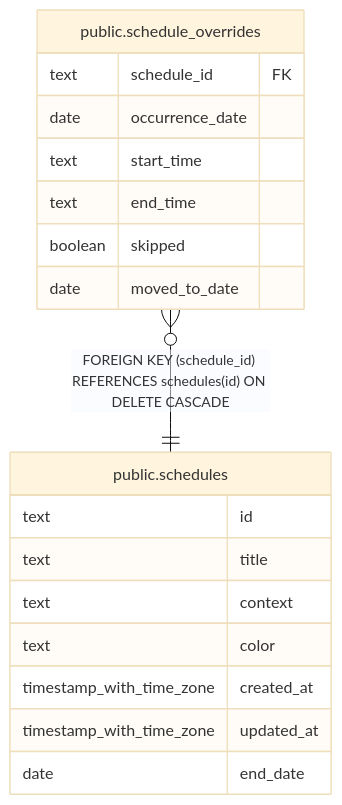
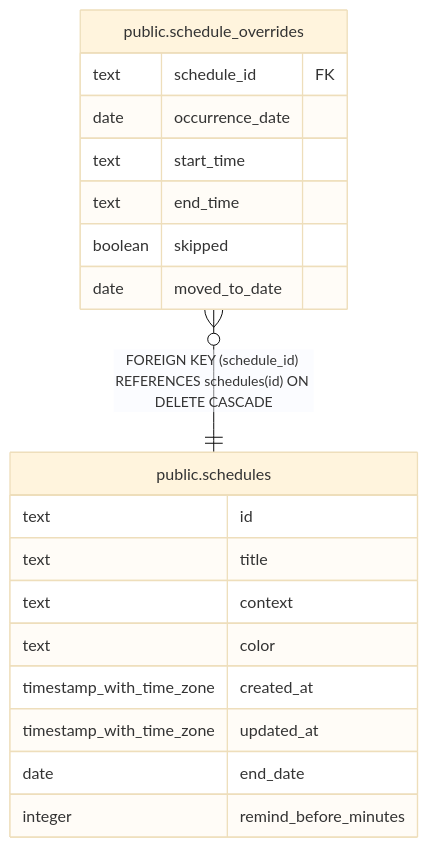
Before and after one commit to fohte/tq: the diagram in api/docs/db/public.schedule_overrides.md, drawn with Mermaid (base theme). The commit also changed 2 other files, not shown here.

Commit message:
style: auto-format

````diff
--- a/api/docs/db/public.schedule_overrides.md
+++ b/api/docs/db/public.schedule_overrides.md
@@ -41,23 +41,24 @@
 ```mermaid
 erDiagram
 
 "public.schedule_overrides" }o--|| "public.schedules" : "FOREIGN KEY (schedule_id) REFERENCES schedules(id) ON DELETE CASCADE"
 
 "public.schedule_overrides" {
   text schedule_id FK
   date occurrence_date
   text start_time
   text end_time
   boolean skipped
   date moved_to_date
 }
 "public.schedules" {
   text id
   text title
   text context
   text color
   timestamp_with_time_zone created_at
   timestamp_with_time_zone updated_at
   date end_date
+  integer remind_before_minutes
 }
 ```
````
